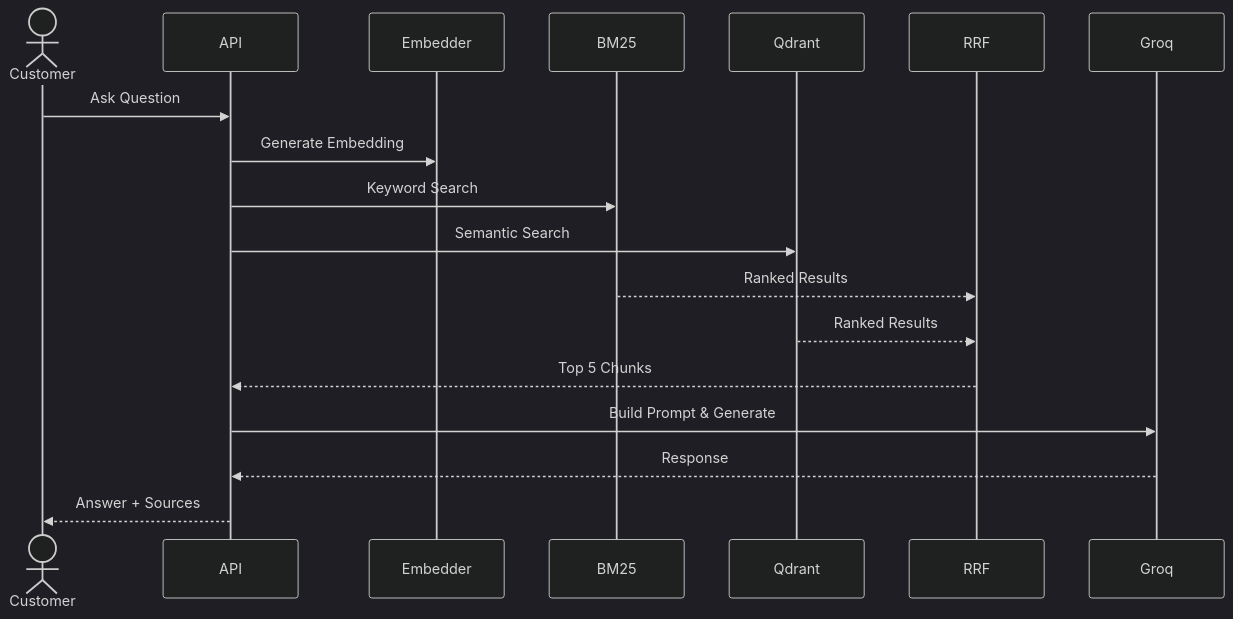
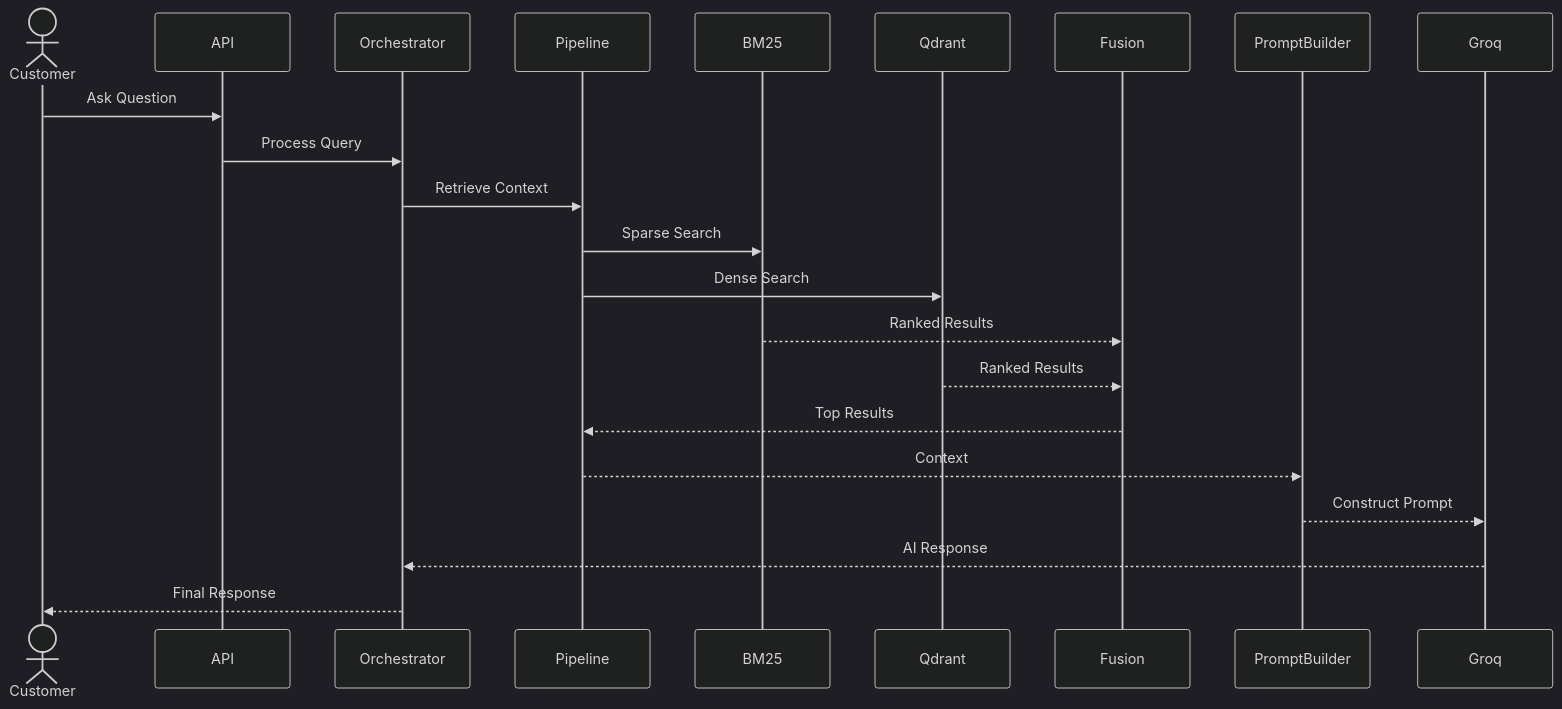
Diagram 18 of 30 in support_ai_project_architecture.md (Prithunandananks/SupportAI), drawn with Mermaid (dark theme) before and after one commit. The commit also changed other lines of this file, not shown here.

````diff
--- a/support_ai_project_architecture.md
+++ b/support_ai_project_architecture.md
@@ -781,37 +2208,38 @@
 ```mermaid
 sequenceDiagram
 
 actor Customer
 
 participant API
-
-participant Embedder
-
+participant Orchestrator
+participant Pipeline
 participant BM25
-
 participant Qdrant
-
-participant RRF
-
+participant Fusion
+participant PromptBuilder
 participant Groq
 
 Customer->>API: Ask Question
 
-API->>Embedder: Generate Embedding
+API->>Orchestrator: Process Query
 
-API->>BM25: Keyword Search
+Orchestrator->>Pipeline: Retrieve Context
 
-API->>Qdrant: Semantic Search
+Pipeline->>BM25: Sparse Search
 
-BM25-->>RRF: Ranked Results
+Pipeline->>Qdrant: Dense Search
 
-Qdrant-->>RRF: Ranked Results
+BM25-->>Fusion: Ranked Results
 
-RRF-->>API: Top 5 Chunks
+Qdrant-->>Fusion: Ranked Results
 
-API->>Groq: Build Prompt & Generate
+Fusion-->>Pipeline: Top Results
 
-Groq-->>API: Response
+Pipeline-->>PromptBuilder: Context
 
-API-->>Customer: Answer + Sources
+PromptBuilder-->>Groq: Construct Prompt
+
+Groq-->>Orchestrator: AI Response
+
+Orchestrator-->>Customer: Final Response
 ```
````
